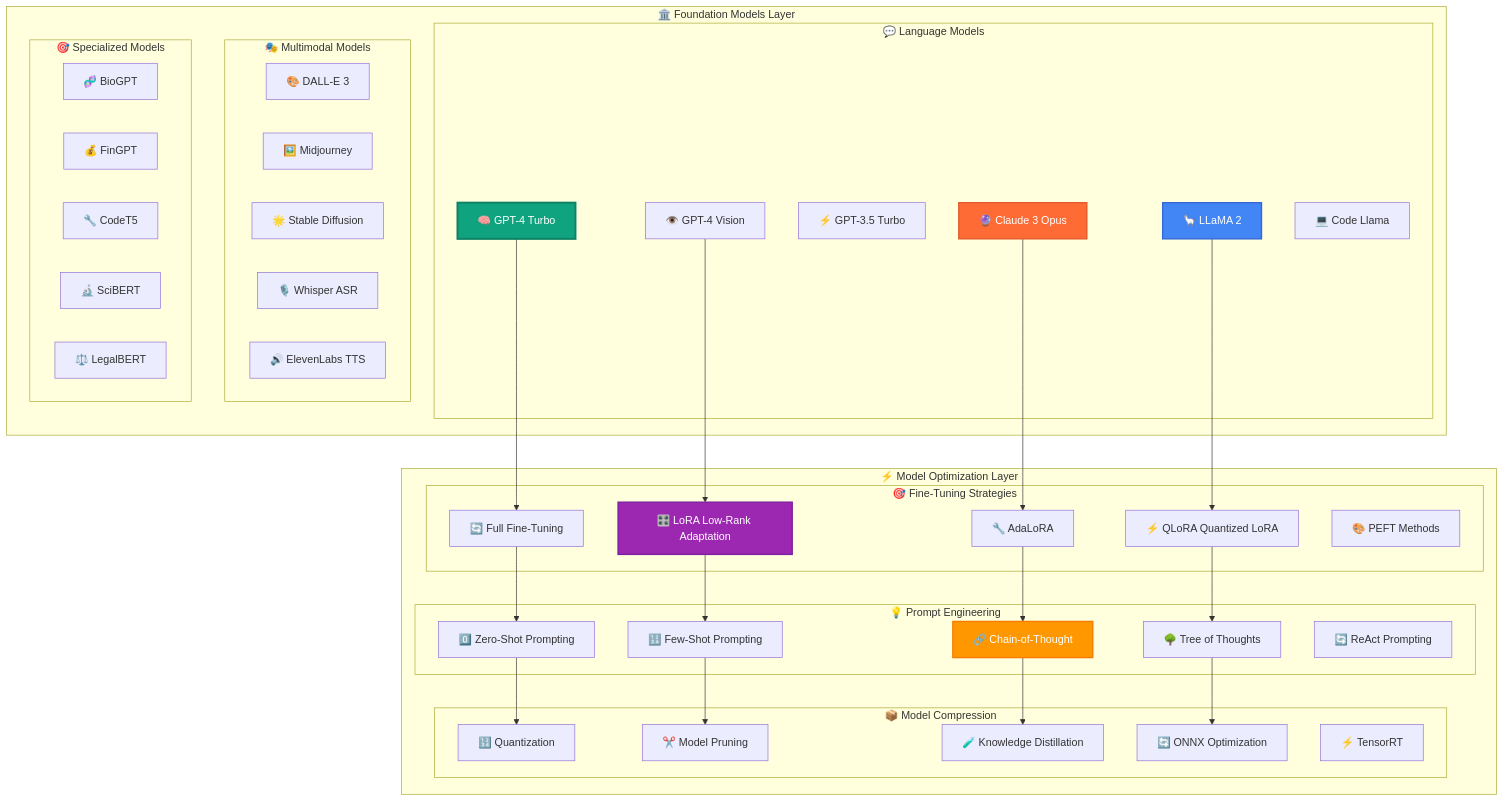
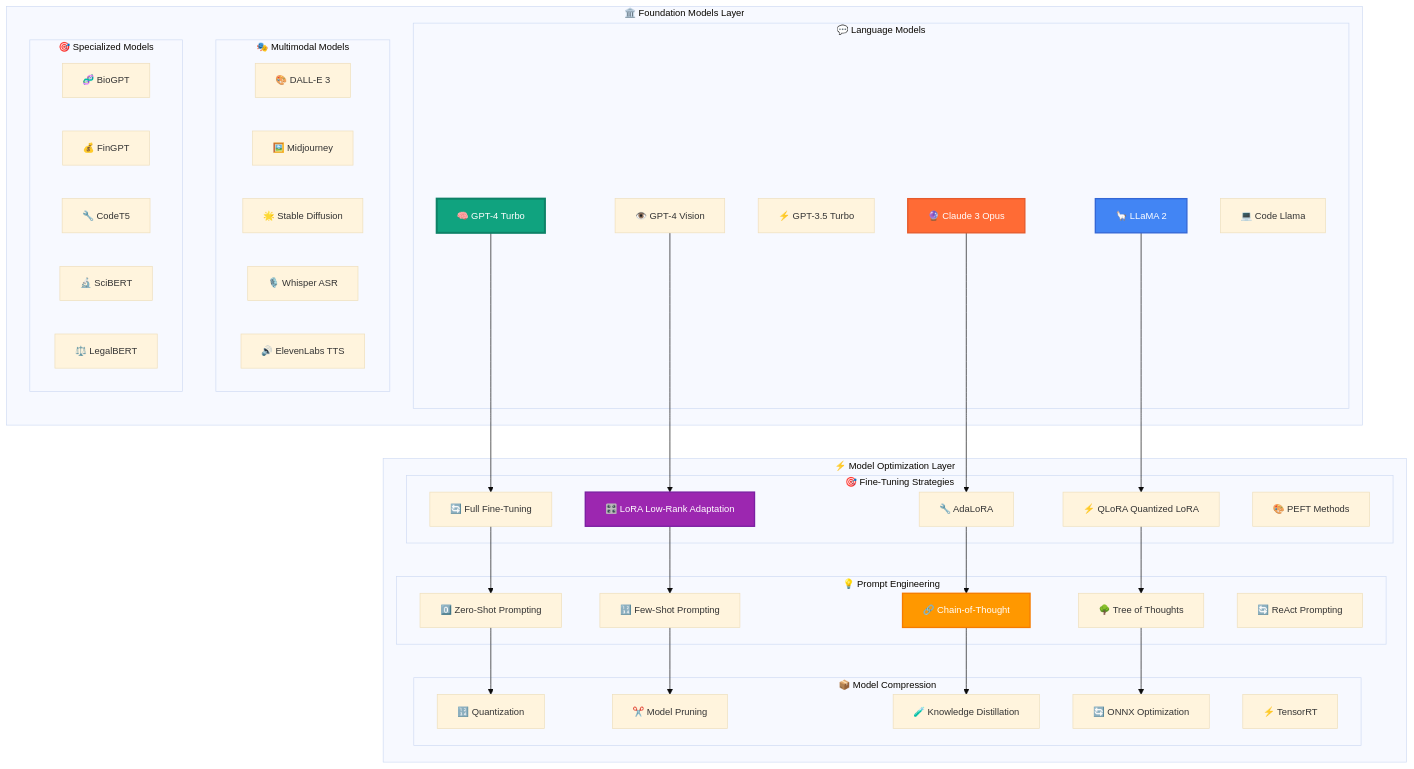
One commit to calvinlee999/react_next_java_journey changed the second of 13 diagrams in docs/architecture/azure-data-ai-platform-architecture.md. Above: the diagram before and after it, drawn with Mermaid. The commit also changed other lines of this file, not shown here.

First line of the commit message:
🔧 Fix corrupted Mermaid heading in azure-data-ai-platform-architecture.md

````diff
--- a/docs/architecture/azure-data-ai-platform-architecture.md
+++ b/docs/architecture/azure-data-ai-platform-architecture.md
@@ -5,14 +86,3 @@
-```mermaid
-%%{init: {'theme':'base', 'themeVa#### 💻 **For Developers**
-- **API-first architecture** enabling rapid integration
-- **Event-driven patterns** for responsive applications
-- **Monitoring & observability** for production reliability
-- **Microservices support** for scalable architectures
-
-## 🏛️ Enhanced Foundation Models & AI Architecture
-
-### 🤖 Foundation Models & Large Language Models
-
 ```mermaid
 %%{init: {'theme':'base', 'themeVariables': {'fontSize': '14px', 'fontFamily': 'Arial, sans-serif'}}}%%
 graph TB
````
